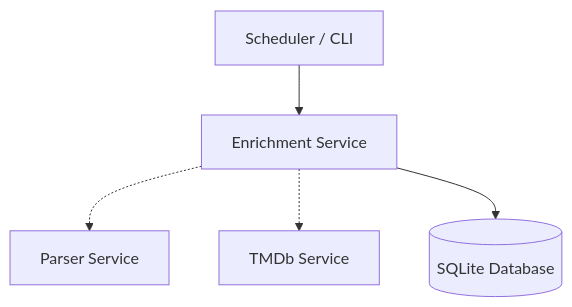
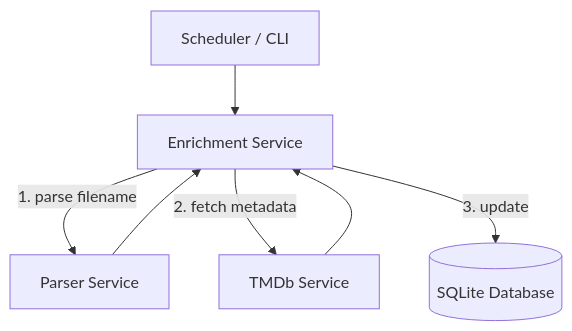
The second of 3 diagrams in README.md (dmachard/DDL-tower), drawn with Mermaid before and after one commit. The commit also changed other lines of this file, not shown here.

Commit message:
feat: configure TMDB API key, comment out example scrapers, and update architecture diagrams in README

````diff
--- a/README.md
+++ b/README.md
@@ -250,7 +255,9 @@
 ```mermaid
 graph TD
     SCH[Scheduler / CLI] --> ENR[Enrichment Service]
-    ENR -.-> PRS[Parser Service]
-    ENR -.-> TMDB[TMDb Service]
-    ENR --> DB[(SQLite Database)]
+    ENR -->|1. parse filename| PRS[Parser Service]
+    PRS --> ENR
+    ENR -->|2. fetch metadata| TMDB[TMDb Service]
+    TMDB --> ENR
+    ENR -- "3. update" --> DB[(SQLite Database)]
 ```
````
